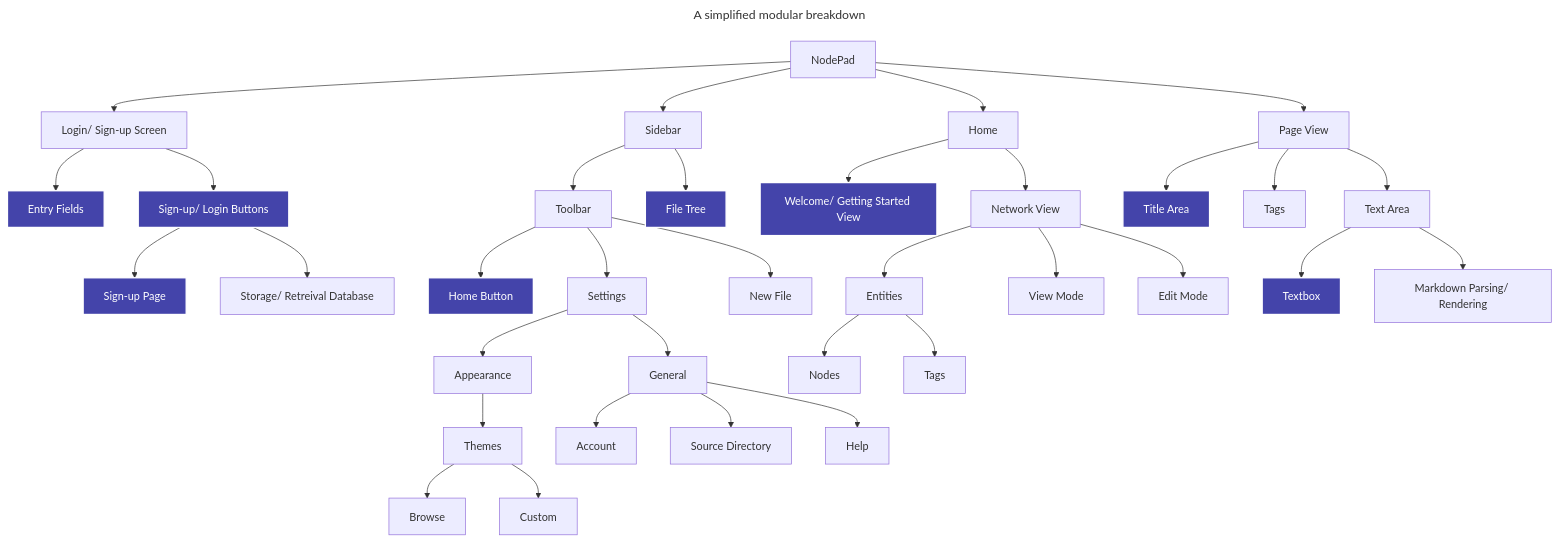
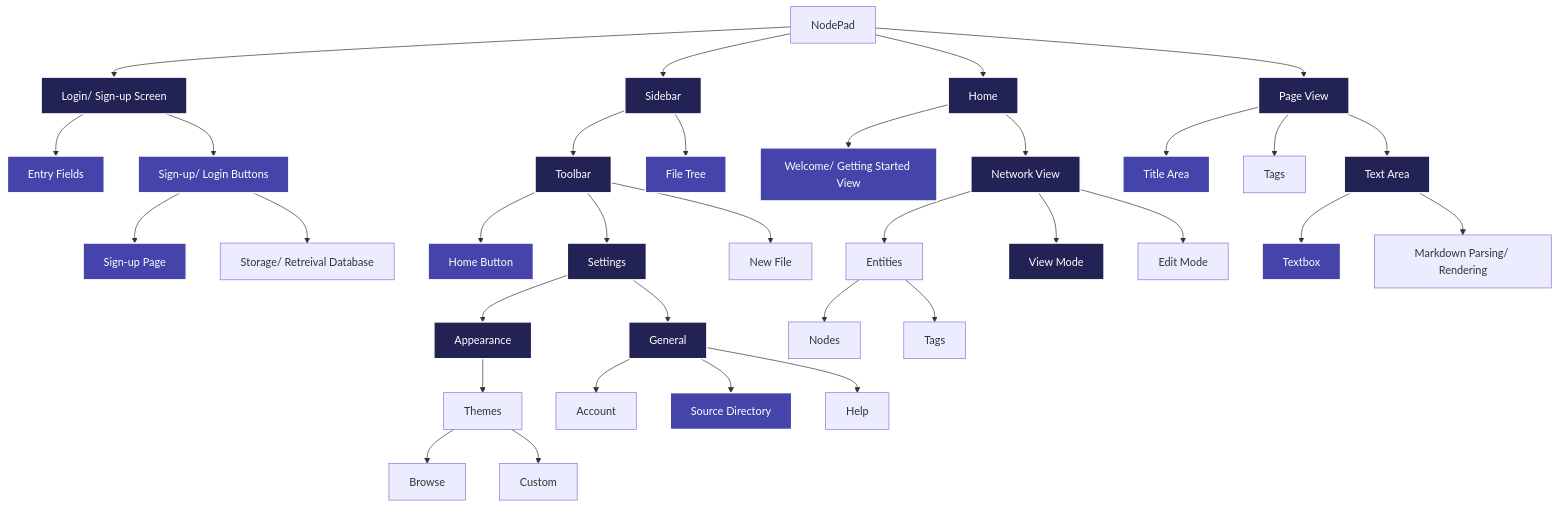
Before and after one commit to samcalthrop/NodePad: the diagram in Write-up/2 - Iterative Development/2.1-Iteration1/2.1.2-functionality_of_prototype.md, drawn with Mermaid. The commit also changed other lines of this file, not shown here.

Commit message:
testing mermaid diagram for write up

````diff
--- a/Write-up/2 - Iterative Development/2.1-Iteration1/2.1.2-functionality_of_prototype.md
+++ b/Write-up/2 - Iterative Development/2.1-Iteration1/2.1.2-functionality_of_prototype.md
@@ -6,47 +6,44 @@
 ```mermaid
----
-title: A simplified modular breakdown
----
 
 flowchart TD
 
-	A --> U[Login/ Sign-up Screen]
+	A --> U[Login/ Sign-up Screen]:::highlight-half
 	U --> V[Entry Fields]:::highlight
 	U --> W[Sign-up/ Login Buttons]:::highlight
 	W --> Z[Sign-up Page]:::highlight
 	W --> ZA[Storage/ Retreival Database]
 
-  A[NodePad] --> B[Sidebar]
-  B --> C[Toolbar]
+  A[NodePad] --> B[Sidebar]:::highlight-half
+  B --> C[Toolbar]:::highlight-half
   B --> D[File Tree]:::highlight
   C --> E[Home Button]:::highlight
-  C --> F[Settings]
-  F --> G[Appearance]
+  C --> F[Settings]:::highlight-half
+  F --> G[Appearance]:::highlight-half
   G --> H[Themes]
   H --> Browse
   H --> Custom
-  F --> X[General]
+  F --> X[General]:::highlight-half
   X --> Account
-  X --> Y[Source Directory]
+  X --> Y[Source Directory]:::highlight
   X --> Help
   C --> J[New File]
 
-  A --> K[Home]
+  A --> K[Home]:::highlight-half
   K --> L[Welcome/ Getting Started View]:::highlight
-  K --> M[Network View]
+  K --> M[Network View]:::highlight-half
   M --> N[Entities]
   N --> Nodes
   N --> Tags
-  M --> O[View Mode]
+  M --> O[View Mode]:::highlight-half
   M --> P[Edit Mode]
 
-  A --> Q[Page View]
+  A --> Q[Page View]:::highlight-half
   Q --> R[Title Area]:::highlight
   Q --> S[Tags]
-  Q --> T[Text Area]
+  Q --> T[Text Area]:::highlight-half
   T --> ZB[Textbox]:::highlight
   T --> ZC[Markdown Parsing/ Rendering]
 
   classDef highlight fill:#44a,stroke:#fff,stroke-width:2px,color:#fff
-  classDef highlight-half fill:#bbf,stroke:#f66,stroke-width:2px,color:#fff
+  classDef highlight-half fill:#225,stroke:#fff,stroke-width:2px,color:#fff
 ```
````
